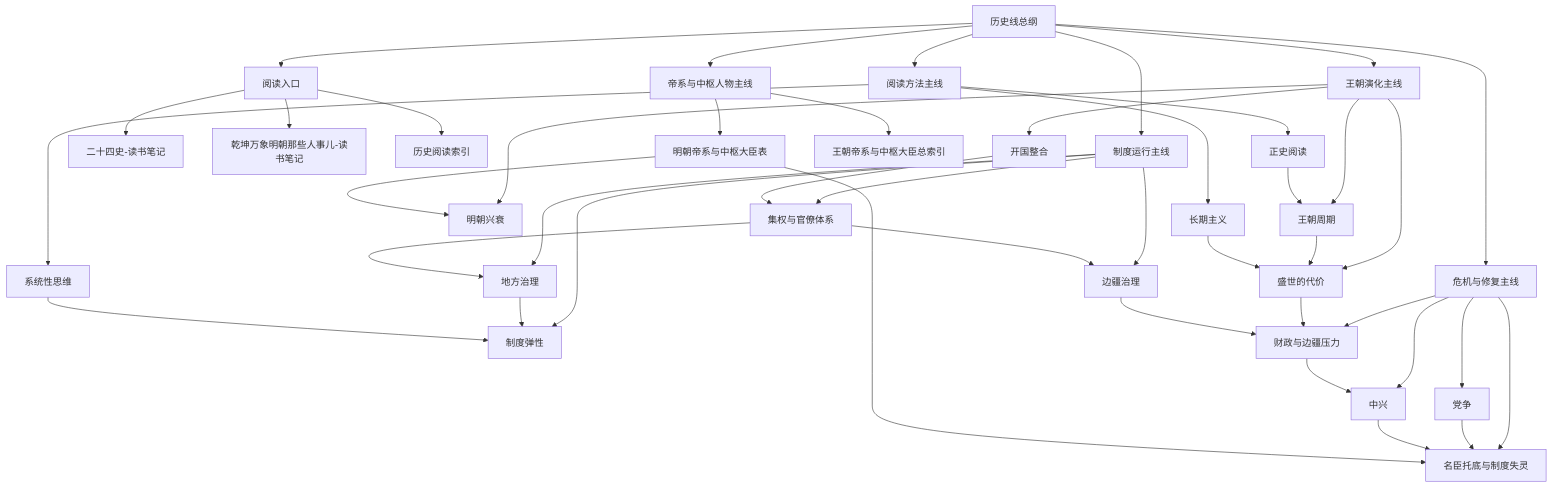
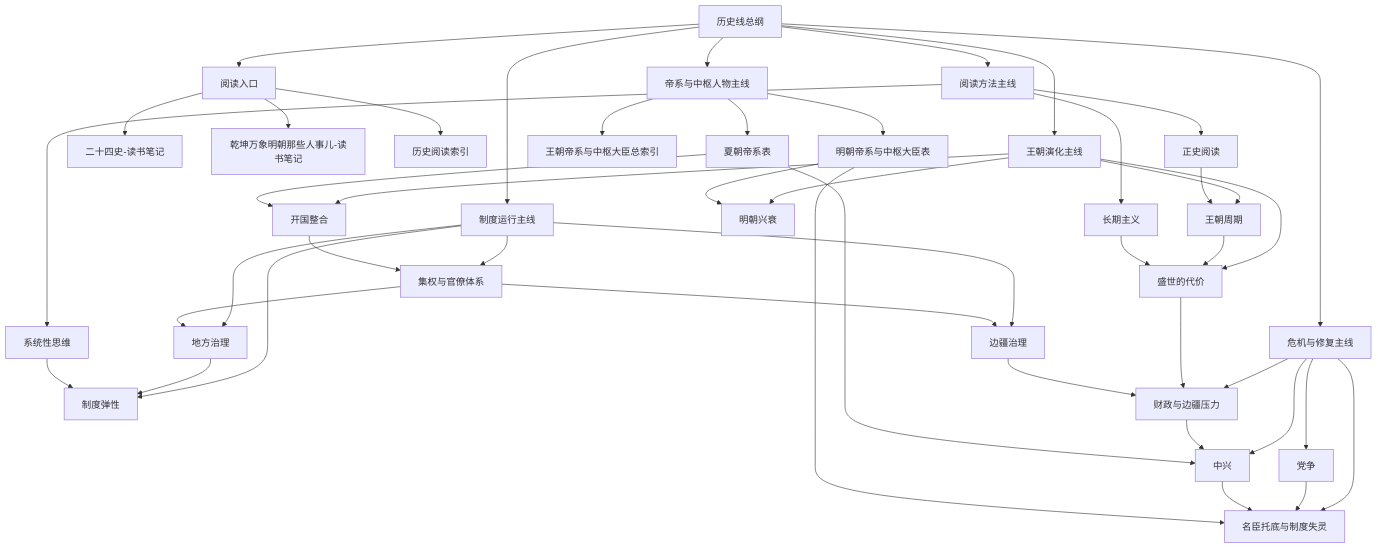
The diagram in 历史线总纲.md (zhuguang-ZFG/reading), drawn with Mermaid before and after one commit. The commit also changed other lines of this file and 4 other files, not shown here.

````diff
--- a/历史线总纲.md
+++ b/历史线总纲.md
@@ -23,53 +23,56 @@
 ```mermaid
 flowchart TD
     A[历史线总纲]
 
     A --> B[阅读入口]
     A --> C[王朝演化主线]
     A --> D[制度运行主线]
     A --> E[危机与修复主线]
     A --> F[阅读方法主线]
     A --> G[帝系与中枢人物主线]
 
     B --> B1[二十四史-读书笔记]
     B --> B2[乾坤万象明朝那些人事儿-读书笔记]
     B --> B3[历史阅读索引]
 
     C --> C1[开国整合]
     C --> C2[王朝周期]
     C --> C3[盛世的代价]
     C --> C4[明朝兴衰]
 
     D --> D1[集权与官僚体系]
     D --> D2[地方治理]
     D --> D3[边疆治理]
     D --> D4[制度弹性]
 
     E --> E1[财政与边疆压力]
     E --> E2[党争]
     E --> E3[中兴]
     E --> E4[名臣托底与制度失灵]
 
     F --> F1[正史阅读]
     F --> F2[系统性思维]
     F --> F3[长期主义]
 
     G --> G1[王朝帝系与中枢大臣总索引]
-    G --> G2[明朝帝系与中枢大臣表]
+    G --> G2[夏朝帝系表]
+    G --> G3[明朝帝系与中枢大臣表]
 
     C1 --> D1
     C2 --> C3
     C3 --> E1
     D1 --> D2
     D1 --> D3
     D2 --> D4
     D3 --> E1
     E1 --> E3
     E2 --> E4
     E3 --> E4
     F1 --> C2
     F2 --> D4
     F3 --> C3
-    G2 --> C4
-    G2 --> E4
+    G2 --> C1
+    G2 --> E3
+    G3 --> C4
+    G3 --> E4
 ```
````
